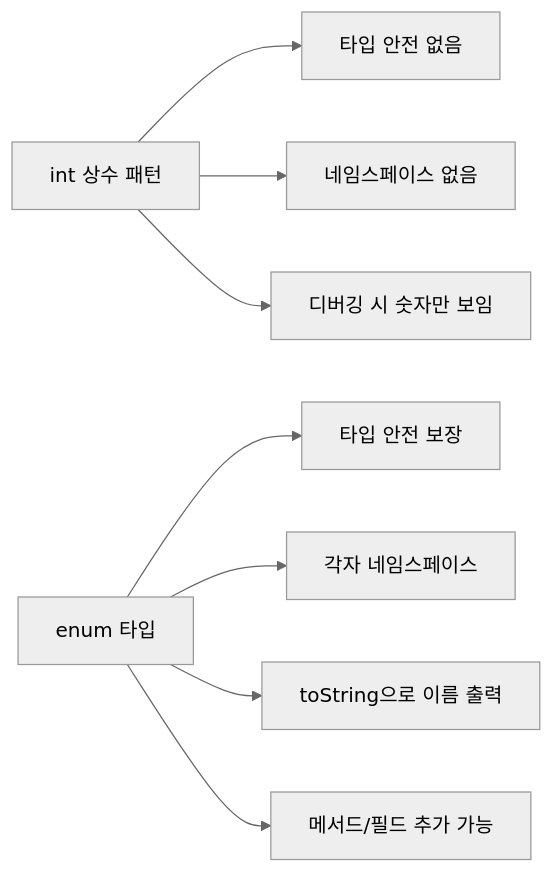
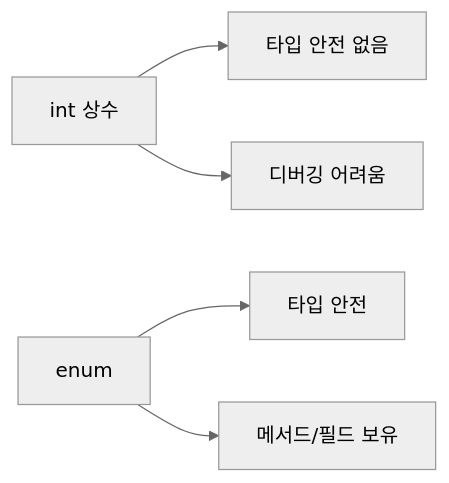
One commit to yjkim2015/yjkim2015.github.io changed the fifth of 6 diagrams in _posts/effective_java/2026-05-03-effective-java-generics-enums.md. Above: the diagram before and after it, drawn with Mermaid (neutral theme). The commit also changed other lines of this file and 163 other files, not shown here.

First line of the commit message:
Mermaid 300개 블록 내용 축소: 5노드 5엣지 이하, 의미 있는 약어

````diff
--- a/_posts/effective_java/2026-05-03-effective-java-generics-enums.md
+++ b/_posts/effective_java/2026-05-03-effective-java-generics-enums.md
@@ -283,10 +281,7 @@
 ```mermaid
-flowchart LR
-    A["int 상수 패턴"] --> B["타입 안전 없음"]
-    A --> C["네임스페이스 없음"]
-    A --> D["디버깅 시 숫자만 보임"]
-    E["enum 타입"] --> F["타입 안전 보장"]
-    E --> G["각자 네임스페이스"]
-    E --> H["toString으로 이름 출력"]
-    E --> I["메서드/필드 추가 가능"]
+graph LR
+    A["int 상수"] --> B["타입 안전 없음"]
+    A --> C["디버깅 어려움"]
+    E["enum"] --> F["타입 안전"]
+    E --> G["메서드/필드 보유"]
 ```
````
